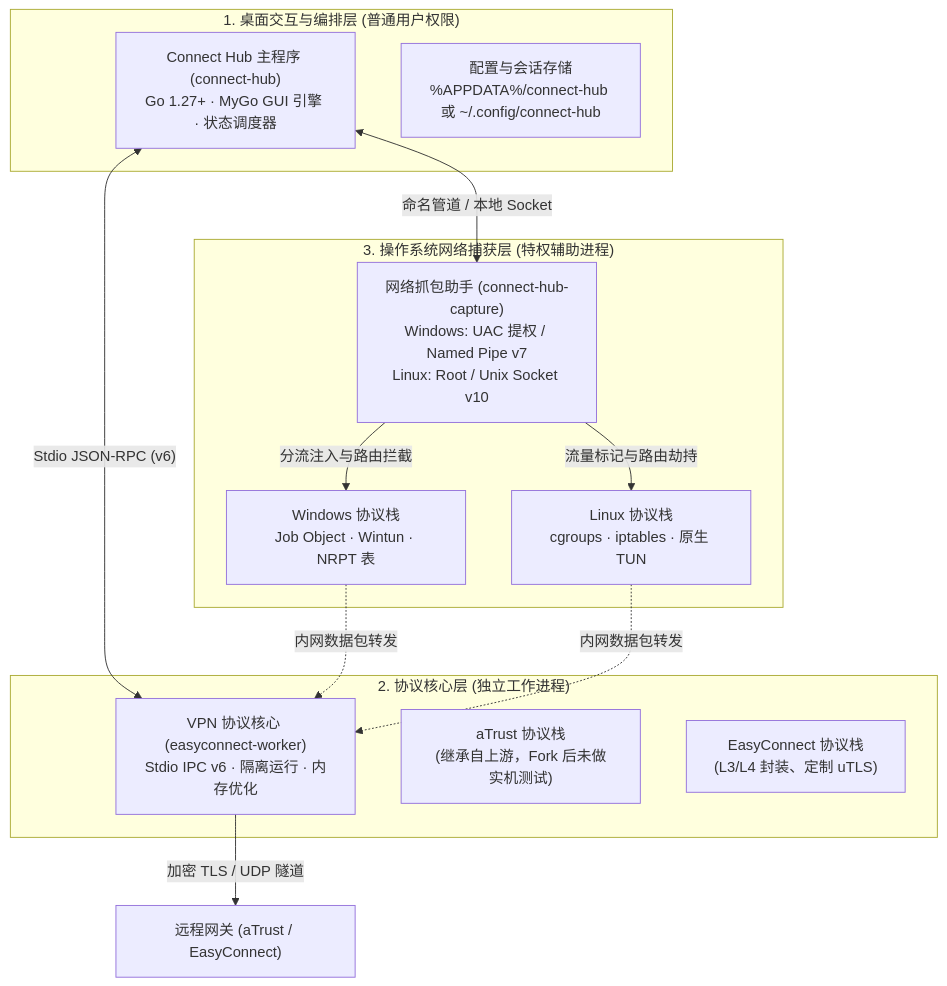
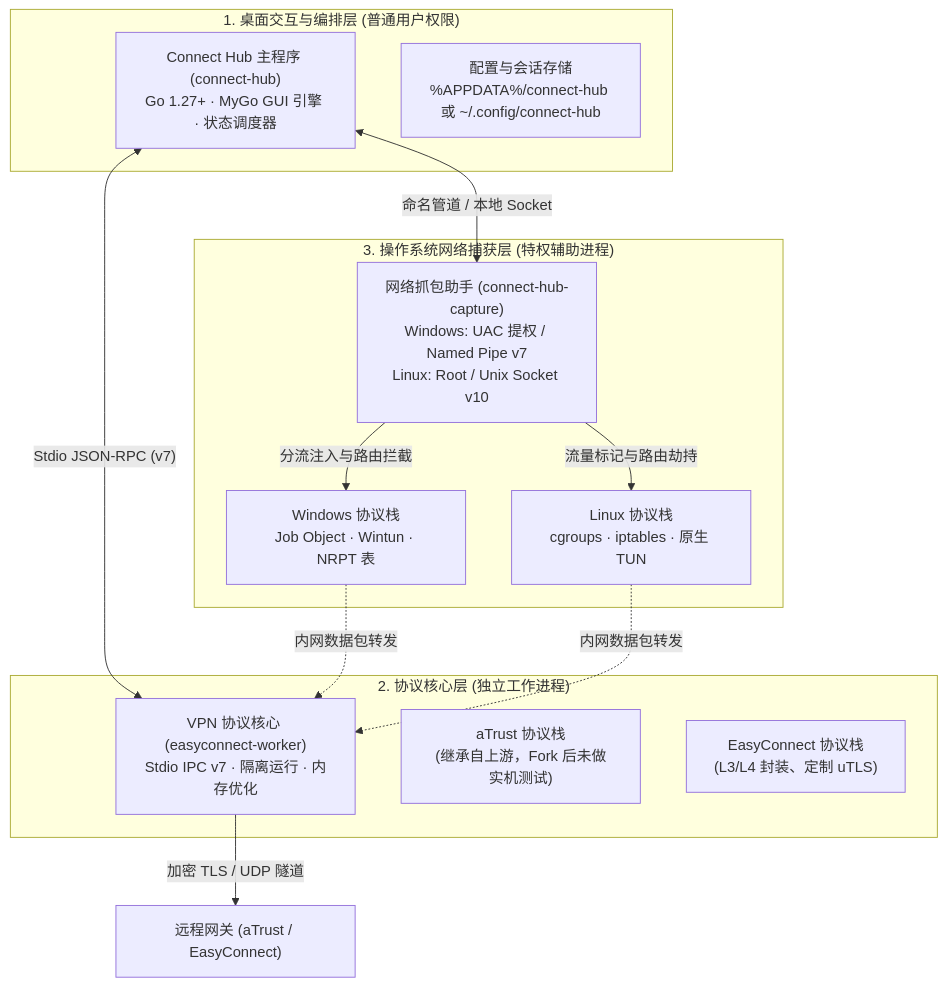
The diagram in DEVELOPMENT.md (ehZyiL/aTrustHub), drawn with Mermaid before and after one commit. The commit also changed other lines of this file and 15 other files, not shown here.

````diff
--- a/DEVELOPMENT.md
+++ b/DEVELOPMENT.md
@@ -25,27 +25,27 @@
 ```mermaid
 flowchart TB
     subgraph Layer1 ["1. 桌面交互与编排层 (普通用户权限)"]
         GUI["Connect Hub 主程序 (connect-hub)<br/>Go 1.27+ · MyGo GUI 引擎 · 状态调度器"]
         Config["配置与会话存储<br/>%APPDATA%/connect-hub 或 ~/.config/connect-hub"]
     end
 
     subgraph Layer2 ["2. 协议核心层 (独立工作进程)"]
-        Worker["VPN 协议核心 (easyconnect-worker)<br/>Stdio IPC v6 · 隔离运行 · 内存优化"]
+        Worker["VPN 协议核心 (easyconnect-worker)<br/>Stdio IPC v7 · 隔离运行 · 内存优化"]
         aTrustProto["aTrust 协议栈<br/>(继承自上游，Fork 后未做实机测试)"]
         EasyConnectProto["EasyConnect 协议栈<br/>(L3/L4 封装、定制 uTLS)"]
     end
 
     subgraph Layer3 ["3. 操作系统网络捕获层 (特权辅助进程)"]
         Helper["网络抓包助手 (connect-hub-capture)<br/>Windows: UAC 提权 / Named Pipe v7<br/>Linux: Root / Unix Socket v10"]
         WinNet["Windows 协议栈<br/>Job Object · Wintun · NRPT 表"]
         LinuxNet["Linux 协议栈<br/>cgroups · iptables · 原生 TUN"]
     end
 
-    GUI <-->|"Stdio JSON-RPC (v6)"| Worker
+    GUI <-->|"Stdio JSON-RPC (v7)"| Worker
     GUI <-->|"命名管道 / 本地 Socket"| Helper
     Worker -->|"加密 TLS / UDP 隧道"| Gateways["远程网关 (aTrust / EasyConnect)"]
     Helper -->|"分流注入与路由拦截"| WinNet
     Helper -->|"流量标记与路由劫持"| LinuxNet
     WinNet -.->|"内网数据包转发"| Worker
     LinuxNet -.->|"内网数据包转发"| Worker
 ```
````
